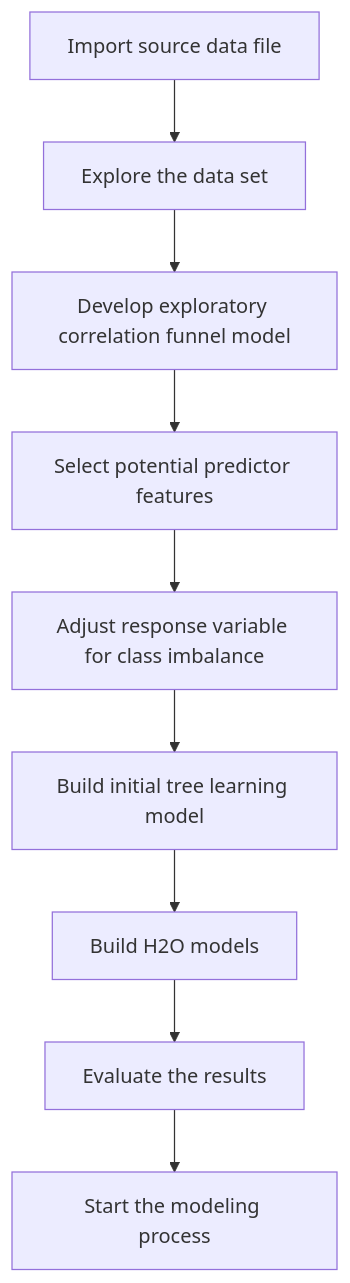
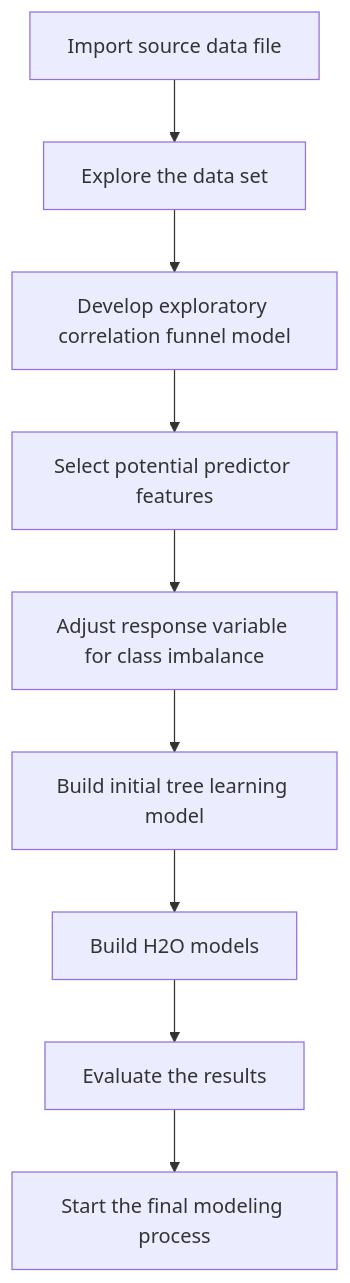
One commit to garth-c/r_exploratory_classification_modeling changed the diagram in README.md. Above: the diagram before and after it, drawn with Mermaid. The commit also changed other lines of this file, not shown here.

````diff
--- a/README.md
+++ b/README.md
@@ -39,11 +39,11 @@
 ```mermaid
 graph TD;
 A[Import source data file] --> B[Explore the data set];
     B --> C[Develop exploratory correlation funnel model];
     C --> D[Select potential predictor features];
     D --> E[Adjust response variable for class imbalance];
     E --> F[Build initial tree learning model];
     F --> G[Build H2O models];
     G --> H[Evaluate the results];
-    H --> I[Start the modeling process];
+    H --> I[Start the final modeling process];
 ```
````
